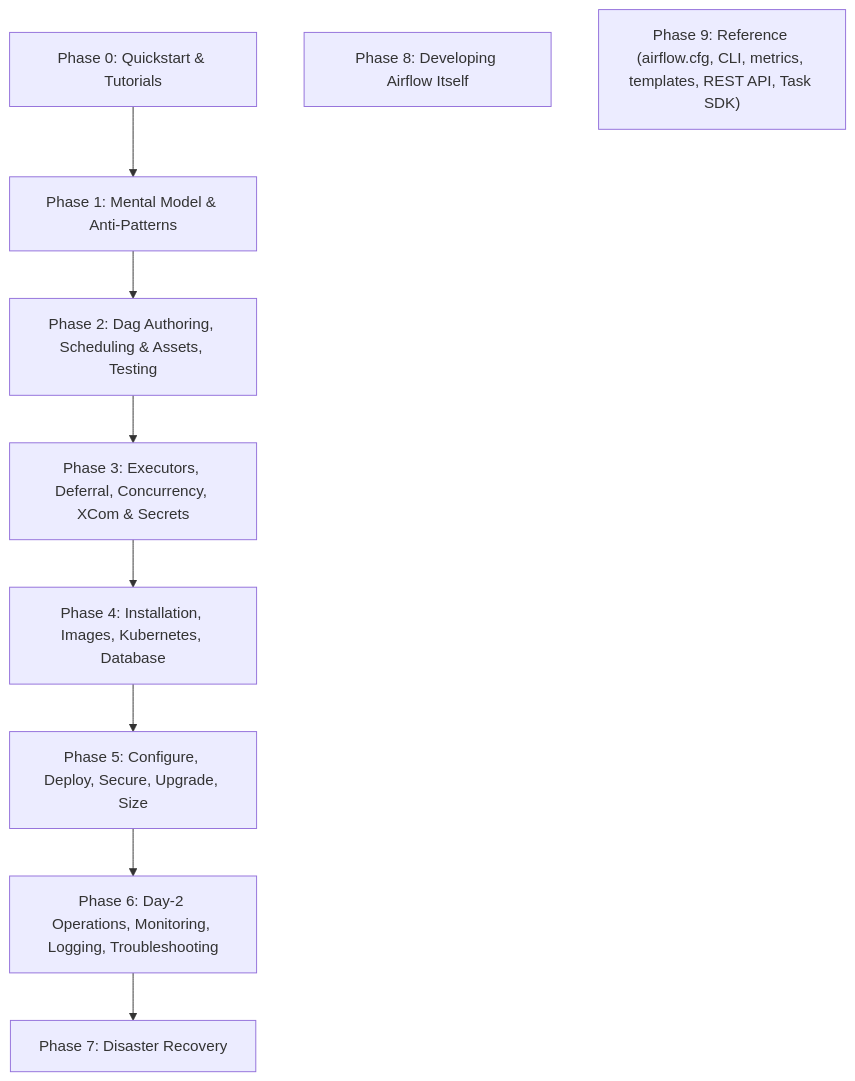
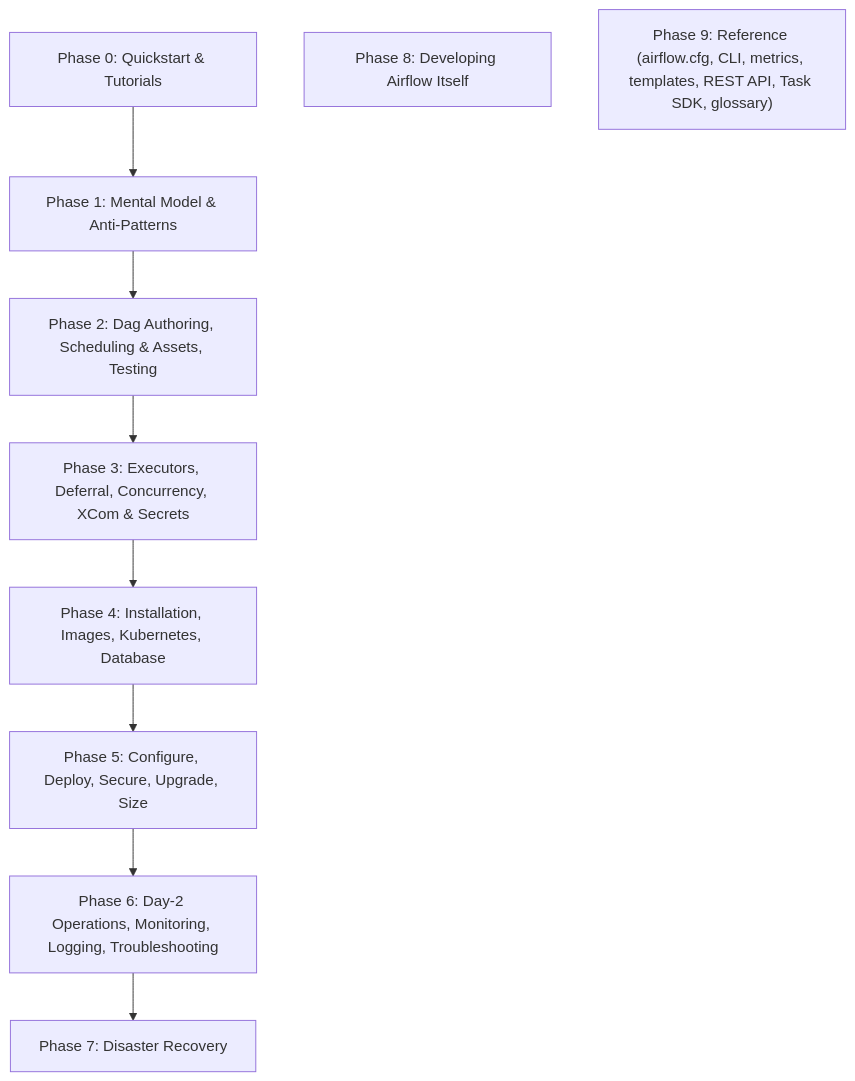
Before and after one commit to davetanana/airflow-docs: the diagram in README.md, drawn with Mermaid. The commit also changed other lines of this file and 36 other files, not shown here.

````diff
--- a/README.md
+++ b/README.md
@@ -30,13 +30,13 @@
 ```mermaid
 graph TD
     Phase0["Phase 0: Quickstart & Tutorials"] --> Phase1
     Phase1["Phase 1: Mental Model & Anti-Patterns"] --> Phase2
     Phase2["Phase 2: Dag Authoring, Scheduling & Assets, Testing"] --> Phase3
     Phase3["Phase 3: Executors, Deferral, Concurrency, XCom & Secrets"] --> Phase4
     Phase4["Phase 4: Installation, Images, Kubernetes, Database"] --> Phase5
     Phase5["Phase 5: Configure, Deploy, Secure, Upgrade, Size"] --> Phase6
     Phase6["Phase 6: Day-2 Operations, Monitoring, Logging, Troubleshooting"] --> Phase7
     Phase7["Phase 7: Disaster Recovery"]
     Phase8["Phase 8: Developing Airflow Itself"]
-    Phase9["Phase 9: Reference (airflow.cfg, CLI, metrics, templates, REST API, Task SDK)"]
+    Phase9["Phase 9: Reference (airflow.cfg, CLI, metrics, templates, REST API, Task SDK, glossary)"]
 ```
````
